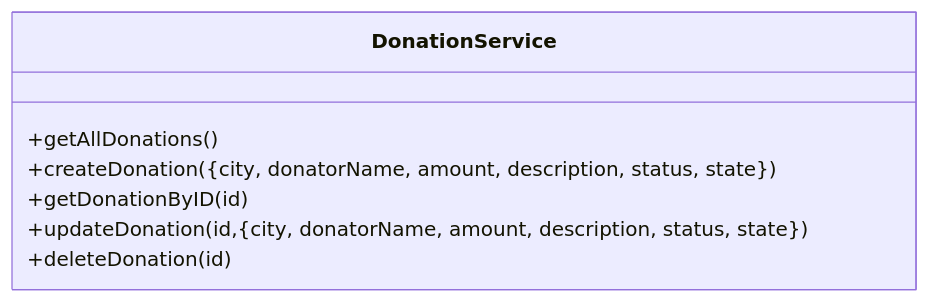
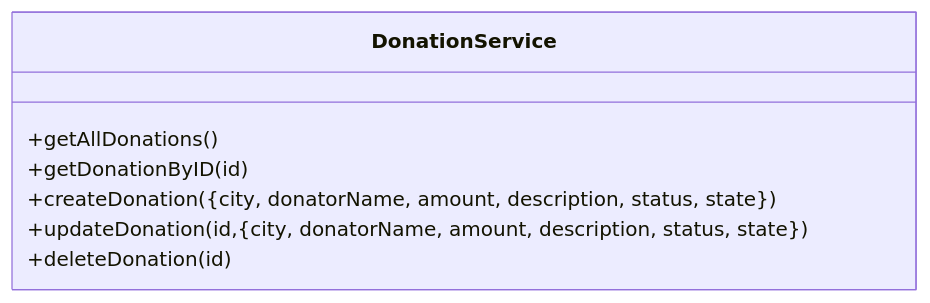
One commit to OmarVenturaP/HackTheOcean changed the third of 7 diagrams in README.md. Above: the diagram before and after it, drawn with Mermaid. The commit also changed other lines of this file, not shown here.

````diff
--- a/README.md
+++ b/README.md
@@ -14,9 +77,9 @@
 ```mermaid
 classDiagram
     class DonationService
     DonationService : +getAllDonations()
+    DonationService : +getDonationByID(id)
     DonationService : +createDonation({city, donatorName, amount, description, status, state})
-    DonationService : +getDonationByID(id)
     DonationService : +updateDonation(id,{city, donatorName, amount, description, status, state})
     DonationService : +deleteDonation(id)
 ```
````
